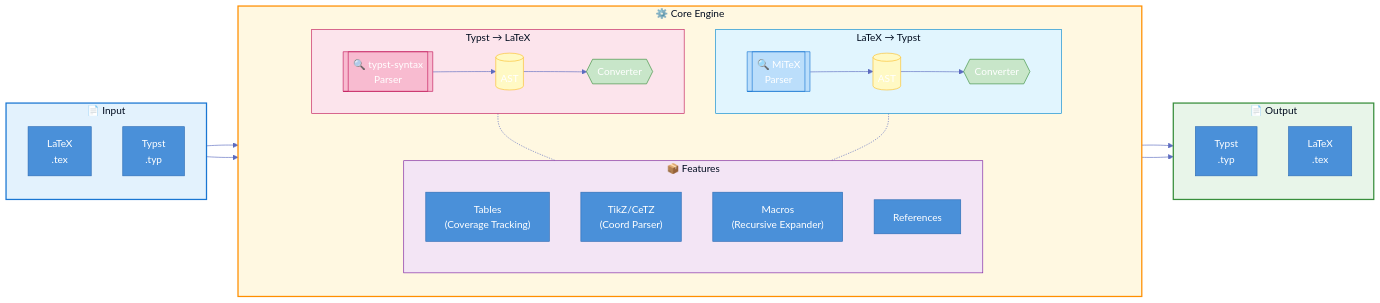
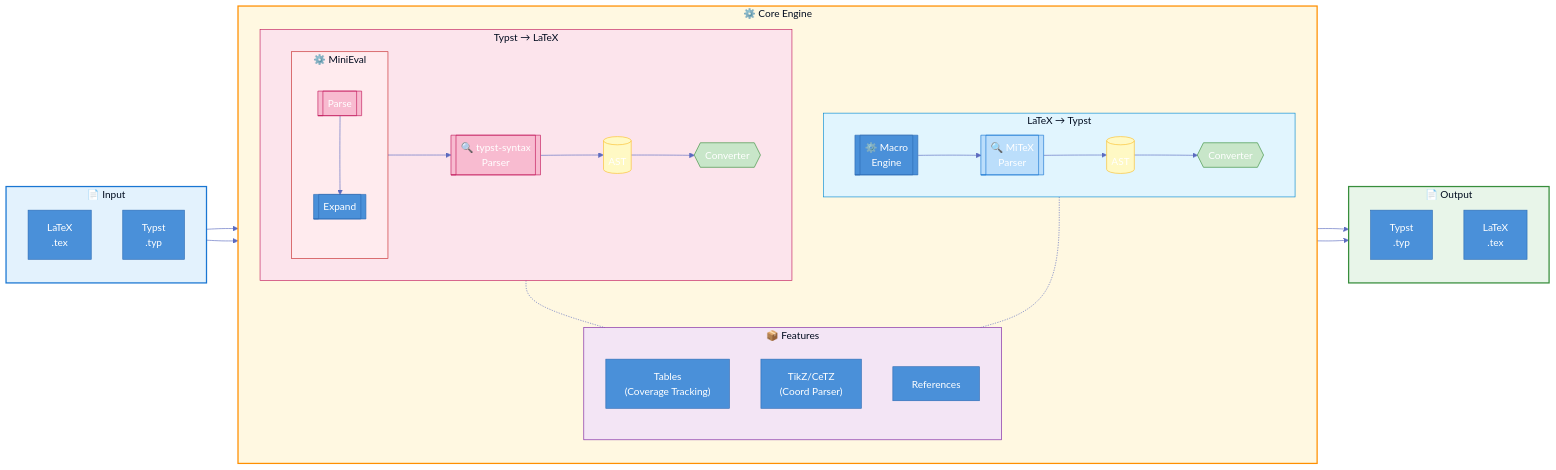
The diagram in README.md (bug-cat-iu/tylax), drawn with Mermaid before and after one commit. The commit also changed other lines of this file and 46 other files, not shown here.

First line of the commit message:
feat(v0.2.0): core engine overhaul with MiniEval

````diff
--- a/README.md
+++ b/README.md
@@ -90,67 +103,75 @@
 ```mermaid
 %%{init: {'theme': 'base', 'themeVariables': { 'primaryColor': '#4a90d9', 'primaryTextColor': '#fff', 'primaryBorderColor': '#2d6cb5', 'lineColor': '#5c6bc0', 'secondaryColor': '#81c784', 'tertiaryColor': '#fff3e0'}}}%%
 
 flowchart LR
     subgraph INPUT ["📄 Input"]
         direction TB
         LaTeX["LaTeX\n.tex"]
         Typst["Typst\n.typ"]
     end
 
     subgraph CORE ["⚙️ Core Engine"]
         direction TB
         
         subgraph L2T ["LaTeX → Typst"]
             direction LR
+            LE[["⚙️ Macro\nEngine"]]
             MP[["🔍 MiTeX\nParser"]]
             LA[("AST")]
             LC{{"Converter"}}
-            MP --> LA --> LC
+            LE --> MP --> LA --> LC
         end
         
         subgraph T2L ["Typst → LaTeX"]
             direction LR
-            TP[["🔍 typst-syntax\nParser"]]
+            subgraph MINIEVAL ["⚙️ MiniEval"]
+                direction TB
+                TP1[["Parse"]]
+                EXEC[["Expand"]]
+                TP1 --> EXEC
+            end
+            TP2[["🔍 typst-syntax\nParser"]]
             TA[("AST")]
             TC{{"Converter"}}
-            TP --> TA --> TC
+            MINIEVAL --> TP2 --> TA --> TC
         end
         
         subgraph FEATURES ["📦 Features"]
             direction TB
             F1["Tables\n(Coverage Tracking)"]
             F2["TikZ/CeTZ\n(Coord Parser)"]
-            F3["Macros\n(Recursive Expander)"]
             F4["References"]
         end
     end
 
     subgraph OUTPUT ["📄 Output"]
         direction TB
         TypstOut["Typst\n.typ"]
         LaTeXOut["LaTeX\n.tex"]
     end
 
-    LaTeX --> MP
+    LaTeX --> LE
     LC --> TypstOut
     
-    Typst --> TP
+    Typst --> MINIEVAL
     TC --> LaTeXOut
     
     LC -.- FEATURES
     TC -.- FEATURES
 
     style INPUT fill:#e3f2fd,stroke:#1976d2,stroke-width:2px
     style CORE fill:#fff8e1,stroke:#ff8f00,stroke-width:2px
     style OUTPUT fill:#e8f5e9,stroke:#388e3c,stroke-width:2px
     style L2T fill:#e1f5fe,stroke:#0288d1
     style T2L fill:#fce4ec,stroke:#c2185b
     style FEATURES fill:#f3e5f5,stroke:#7b1fa2
+    style MINIEVAL fill:#ffebee,stroke:#c62828
     
     style MP fill:#bbdefb,stroke:#1976d2
-    style TP fill:#f8bbd0,stroke:#c2185b
+    style TP1 fill:#f8bbd0,stroke:#c2185b
+    style TP2 fill:#f8bbd0,stroke:#c2185b
     style LA fill:#fff9c4,stroke:#fbc02d
     style TA fill:#fff9c4,stroke:#fbc02d
     style LC fill:#c8e6c9,stroke:#388e3c
     style TC fill:#c8e6c9,stroke:#388e3c
 ```
````
